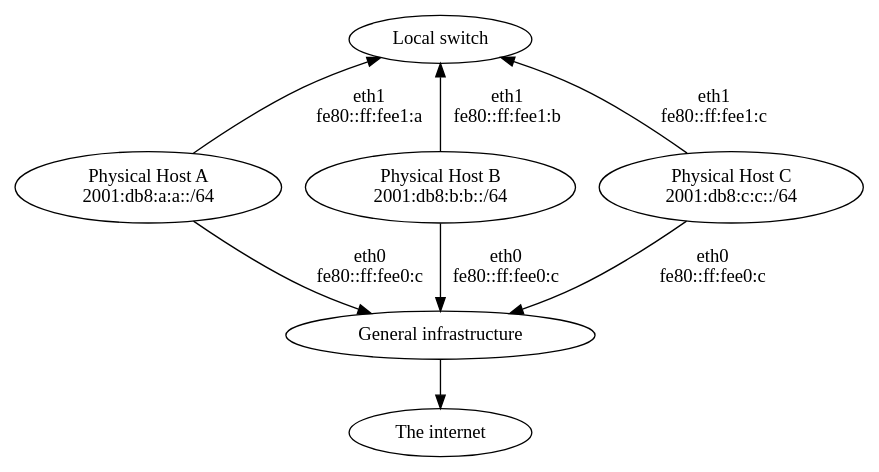
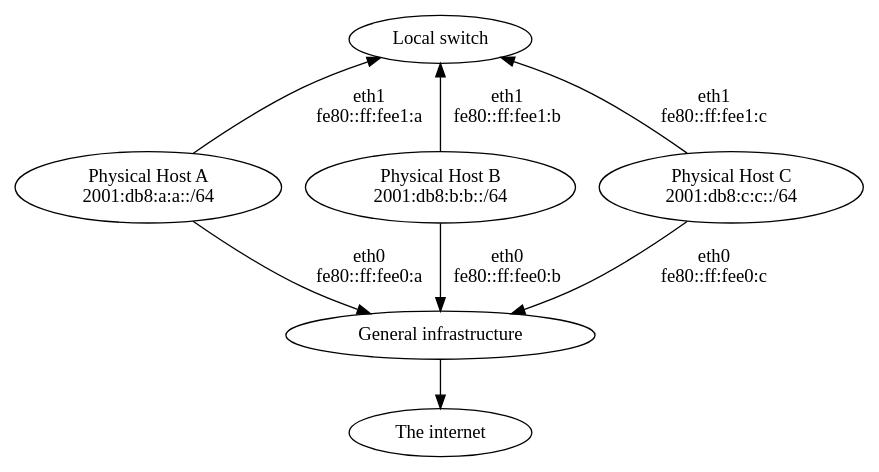
One commit to dirkhillbrecht/ipv6-first-guide changed the diagram in book/50-20-staticroute.adoc. Above: the diagram before and after it, drawn with Graphviz. The commit also changed other lines of this file and 21 other files, not shown here.

```diff
--- a/book/50-20-staticroute.adoc
+++ b/book/50-20-staticroute.adoc
@@ -8,26 +9,26 @@
 [graphviz,format="svg",align="center",frame="none"]
 ....
 digraph G {
 border="0"
 graph [rankdir=TB]
 
 local [label="Local switch"]
 phyA [label="Physical Host A\n2001:db8:a:a::/64"]
 phyB [label="Physical Host B\n2001:db8:b:b::/64"]
 phyC [label="Physical Host C\n2001:db8:c:c::/64"]
 hoster [label="General infrastructure"]
 internet [label="The internet"]
 
 {rank=min;local}
 {rank=same;phyA,phyB,phyC}
 
 phyA -> local [label="eth1\nfe80::ff:fee1:a"]
 phyB -> local [label="eth1\nfe80::ff:fee1:b"]
 phyC -> local [label="eth1\nfe80::ff:fee1:c"]
-phyA -> hoster [label="eth0\nfe80::ff:fee0:c"]
-phyB -> hoster [label="eth0\nfe80::ff:fee0:c"]
+phyA -> hoster [label="eth0\nfe80::ff:fee0:a"]
+phyB -> hoster [label="eth0\nfe80::ff:fee0:b"]
 phyC -> hoster [label="eth0\nfe80::ff:fee0:c"]
 
 hoster -> internet
 }
 ....
```
